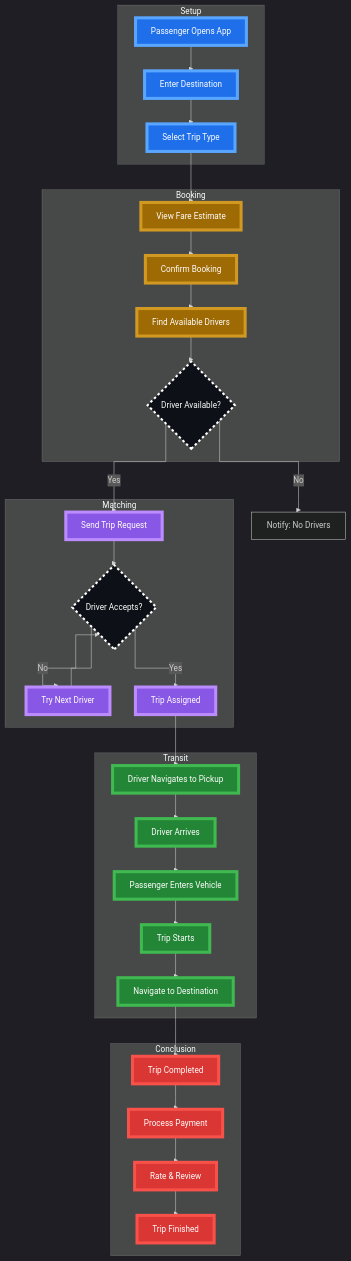
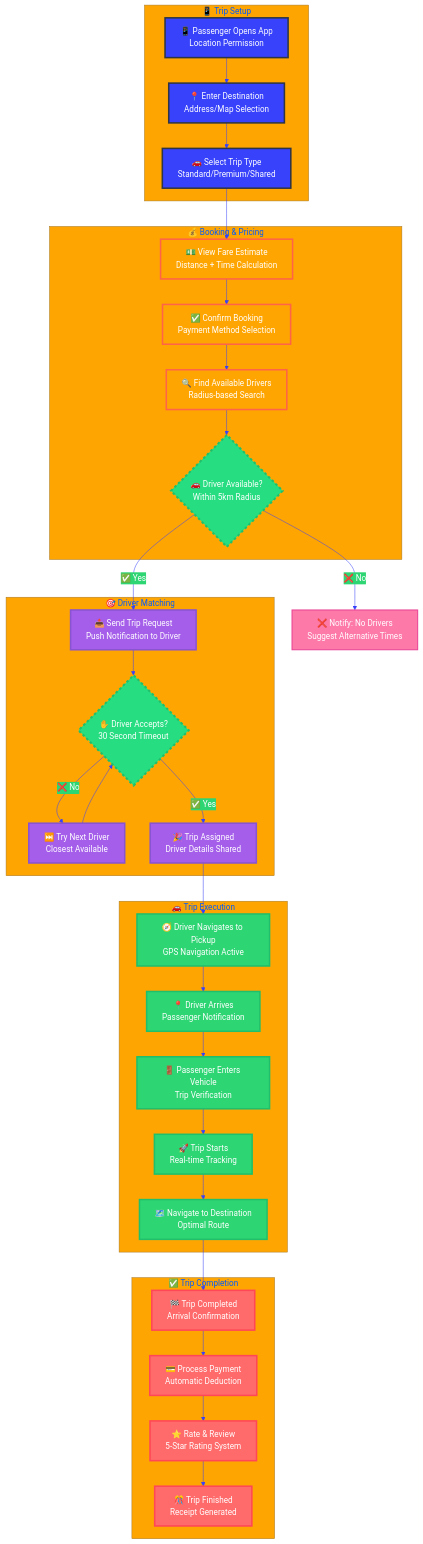
The first of 19 diagrams in docs/BUSINESS_PROCESSES.md (abdoElHodaky/transportapp), drawn with Mermaid before and after one commit. The commit also changed other lines of this file and 4 other files, not shown here.

````diff
--- a/docs/BUSINESS_PROCESSES.md
+++ b/docs/BUSINESS_PROCESSES.md
@@ -20,79 +20,86 @@
 ```mermaid
 %%{init: {
-  "theme": "dark",
-  "themeVariables": {
-    "primaryColor": "#0d1117",
-    "fontSize": "16px",
-    "fontFamily": "arial"
-  },
-  "flowchart": {
-    "useMaxWidth": true,
-    "htmlLabels": true,
-    "curve": "stepBefore"
+  'theme': 'base',
+  'themeVariables': {
+    'primaryColor': '#ff6b6b',
+    'primaryTextColor': '#ffffff',
+    'primaryBorderColor': '#ff4757',
+    'lineColor': '#3742fa',
+    'secondaryColor': '#2ed573',
+    'tertiaryColor': '#ffa502',
+    'background': '#1e1e1e',
+    'mainBkg': '#2f3542',
+    'secondBkg': '#57606f',
+    'tertiaryBkg': '#747d8c'
   }
 }}%%
+
 flowchart TD
-    %% Phase 1: Setup (Blue)
-    subgraph Setup
-    A["Passenger Opens App"]
-    B["Enter Destination"]
-    C["Select Trip Type"]
+    %% Phase 1: Setup
+    subgraph "📱 Trip Setup"
+        A[📱 Passenger Opens App<br/>Location Permission]
+        B[📍 Enter Destination<br/>Address/Map Selection]
+        C[🚗 Select Trip Type<br/>Standard/Premium/Shared]
     end
 
-    %% Phase 2: Booking (Yellow/Gold)
-    subgraph Booking
-    D["View Fare Estimate"]
-    E["Confirm Booking"]
-    F["Find Available Drivers"]
-    G{"Driver Available?"}
+    %% Phase 2: Booking
+    subgraph "💰 Booking & Pricing"
+        D[💵 View Fare Estimate<br/>Distance + Time Calculation]
+        E[✅ Confirm Booking<br/>Payment Method Selection]
+        F[🔍 Find Available Drivers<br/>Radius-based Search]
+        G{🚗 Driver Available?<br/>Within 5km Radius}
     end
 
-    %% Phase 3: Matching (Purple)
-    subgraph Matching
-    I["Send Trip Request"]
-    J{"Driver Accepts?"}
-    K["Try Next Driver"]
-    L["Trip Assigned"]
+    %% Phase 3: Matching
+    subgraph "🎯 Driver Matching"
+        I[📤 Send Trip Request<br/>Push Notification to Driver]
+        J{✋ Driver Accepts?<br/>30 Second Timeout}
+        K[⏭️ Try Next Driver<br/>Closest Available]
+        L[🎉 Trip Assigned<br/>Driver Details Shared]
     end
 
-    %% Phase 4: Transit (Green)
-    subgraph Transit
-    M["Driver Navigates to Pickup"]
-    N["Driver Arrives"]
-    O["Passenger Enters Vehicle"]
-    P["Trip Starts"]
-    Q["Navigate to Destination"]
+    %% Phase 4: Transit
+    subgraph "🚗 Trip Execution"
+        M[🧭 Driver Navigates to Pickup<br/>GPS Navigation Active]
+        N[📍 Driver Arrives<br/>Passenger Notification]
+        O[🚪 Passenger Enters Vehicle<br/>Trip Verification]
+        P[🚀 Trip Starts<br/>Real-time Tracking]
+        Q[🗺️ Navigate to Destination<br/>Optimal Route]
     end
 
-    %% Phase 5: Conclusion (Red/Pink)
-    subgraph Conclusion
-    R["Trip Completed"]
-    S["Process Payment"]
-    T["Rate & Review"]
-    U["Trip Finished"]
+    %% Phase 5: Conclusion
+    subgraph "✅ Trip Completion"
+        R[🏁 Trip Completed<br/>Arrival Confirmation]
+        S[💳 Process Payment<br/>Automatic Deduction]
+        T[⭐ Rate & Review<br/>5-Star Rating System]
+        U[🎊 Trip Finished<br/>Receipt Generated]
     end
+
+    %% Error Handling
+    H[❌ Notify: No Drivers<br/>Suggest Alternative Times]
 
     %% Connections
     A --> B --> C --> D --> E --> F --> G
-    G -->|Yes| I
-    G -->|No| H["Notify: No Drivers"]
+    G -->|✅ Yes| I
+    G -->|❌ No| H
     I --> J
-    J -->|No| K --> J
-    J -->|Yes| L --> M --> N --> O --> P --> Q --> R --> S --> T --> U
+    J -->|❌ No| K --> J
+    J -->|✅ Yes| L --> M --> N --> O --> P --> Q --> R --> S --> T --> U
 
-    %% Color-Coded Class Definitions
-    classDef setup fill:#1f6feb,stroke:#58a6ff,stroke-width:6px,color:#ffffff
-    classDef booking fill:#9e6a03,stroke:#d29922,stroke-width:6px,color:#ffffff
-    classDef matching fill:#8957e5,stroke:#bc8cff,stroke-width:6px,color:#ffffff
-    classDef transit fill:#238636,stroke:#3fb950,stroke-width:6px,color:#ffffff
-    classDef finish fill:#da3633,stroke:#f85149,stroke-width:6px,color:#ffffff
-    classDef decision fill:#0d1117,stroke:#ffffff,stroke-width:4px,color:#ffffff,stroke-dasharray: 5 5
+    %% Styling
+    classDef setupStyle fill:#3742fa,stroke:#2f3542,stroke-width:3px,color:#fff
+    classDef bookingStyle fill:#ffa502,stroke:#ff6348,stroke-width:3px,color:#fff
+    classDef matchingStyle fill:#a55eea,stroke:#8854d0,stroke-width:3px,color:#fff
+    classDef transitStyle fill:#2ed573,stroke:#20bf6b,stroke-width:3px,color:#fff
+    classDef finishStyle fill:#ff6b6b,stroke:#ff4757,stroke-width:3px,color:#fff
+    classDef decisionStyle fill:#26de81,stroke:#20bf6b,stroke-width:4px,color:#fff,stroke-dasharray: 5 5
+    classDef errorStyle fill:#fd79a8,stroke:#e84393,stroke-width:2px,color:#fff
 
-    %% Applying Classes
-    class A,B,C setup
-    class D,E,F booking
-    class I,K,L matching
-    class M,N,O,P,Q transit
-    class R,S,T,U finish
-    class G,J decision
+    class A,B,C setupStyle
+    class D,E,F bookingStyle
+    class I,K,L matchingStyle
+    class M,N,O,P,Q transitStyle
+    class R,S,T,U finishStyle
+    class G,J decisionStyle
+    class H errorStyle
 ```
````
